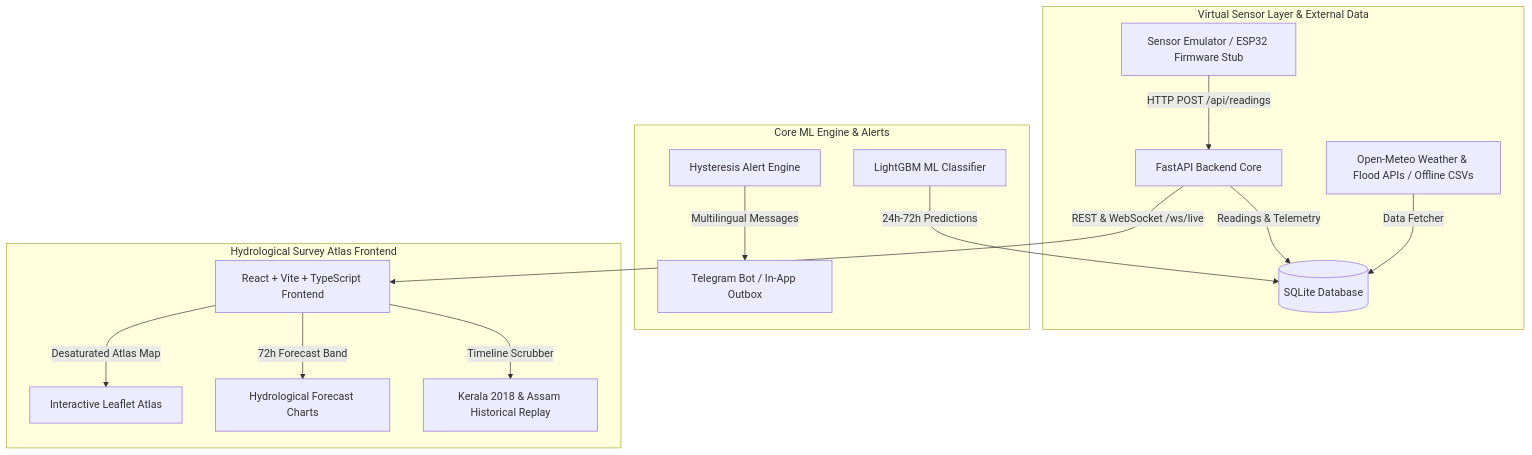
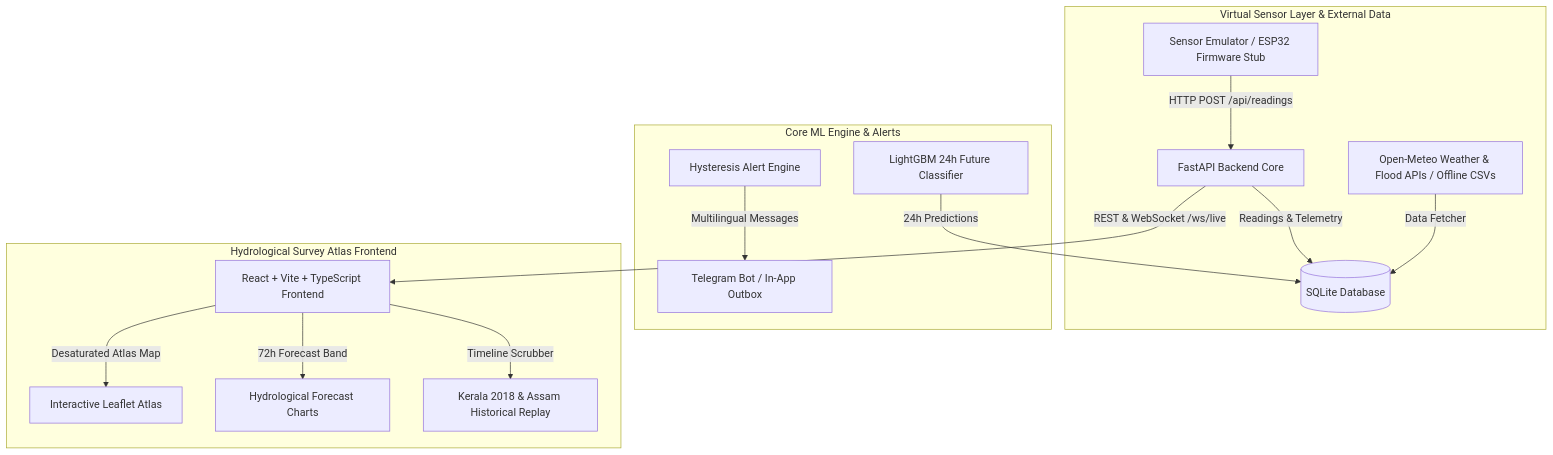
Before and after one commit to Vinayak-123-jpj/FloodSense: the diagram in README.md, drawn with Mermaid. The commit also changed other lines of this file and 28 other files, not shown here.

````diff
--- a/README.md
+++ b/README.md
@@ -17,20 +17,20 @@
 ```mermaid
 graph TD
     subgraph Virtual Sensor Layer & External Data
         VS[Sensor Emulator / ESP32 Firmware Stub] -->|HTTP POST /api/readings| API[FastAPI Backend Core]
         OM[Open-Meteo Weather & Flood APIs / Offline CSVs] -->|Data Fetcher| DB[(SQLite Database)]
     end
 
     subgraph Core ML Engine & Alerts
         API -->|Readings & Telemetry| DB
-        ML[LightGBM ML Classifier] -->|24h-72h Predictions| DB
+        ML[LightGBM 24h Future Classifier] -->|24h Predictions| DB
         HYST[Hysteresis Alert Engine] -->|Multilingual Messages| BOT[Telegram Bot / In-App Outbox]
     end
 
     subgraph Hydrological Survey Atlas Frontend
         API -->|REST & WebSocket /ws/live| FE[React + Vite + TypeScript Frontend]
         FE -->|Desaturated Atlas Map| MAP[Interactive Leaflet Atlas]
         FE -->|72h Forecast Band| CHARTS[Hydrological Forecast Charts]
         FE -->|Timeline Scrubber| REPLAY[Kerala 2018 & Assam Historical Replay]
     end
 ```
````
